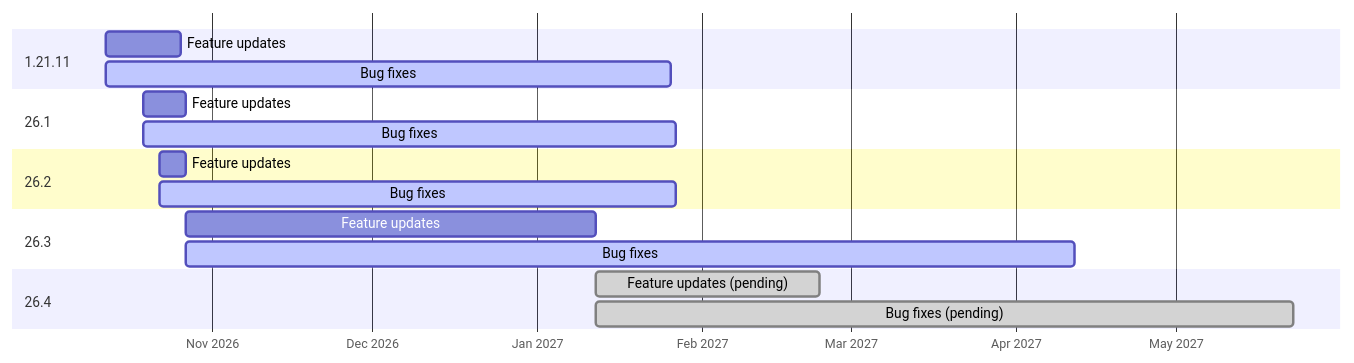
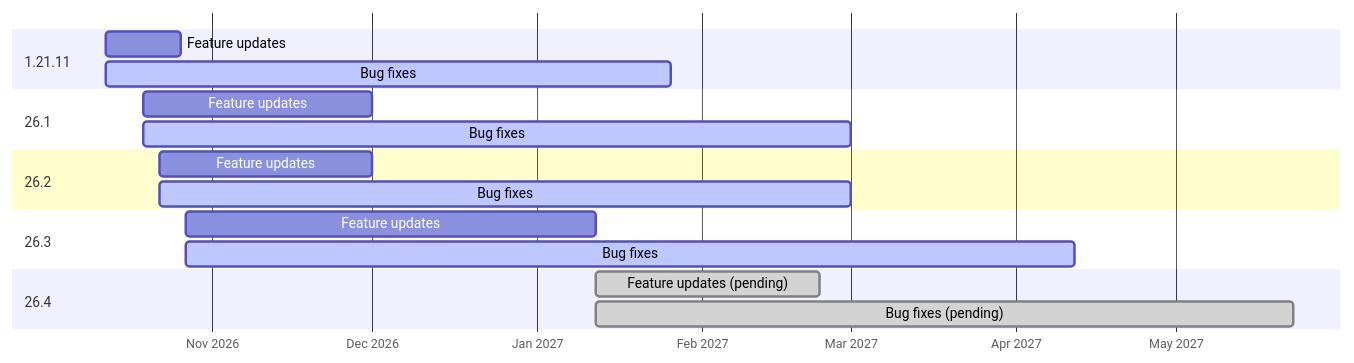
Before and after one commit to Restfulbee37/copper-golem-optimisation: the diagram in README.md, drawn with Mermaid. The commit also changed other lines of this file, not shown here.

Commit message:
Supported versions: 26.2 and 26.1 keep feature updates until about 1 December
New features are copied back to them from 26.3 (starting with the settings
screen in 0.7.0), so they are listed as feature updates again, with bug
fixes until about 1 March 2027.

````diff
--- a/README.md
+++ b/README.md
@@ -35,20 +35,20 @@
 ```mermaid
 gantt
     dateFormat YYYY-MM-DD
     axisFormat %b %Y
     section 1.21.11
         Feature updates : 2026-10-12, 2026-10-26
         Bug fixes       : active, 2026-10-12, 2027-01-26
     section 26.1
-        Feature updates : 2026-10-19, 2026-10-27
-        Bug fixes       : active, 2026-10-19, 2027-01-27
+        Feature updates : 2026-10-19, 2026-12-01
+        Bug fixes       : active, 2026-10-19, 2027-03-01
     section 26.2
-        Feature updates : 2026-10-22, 2026-10-27
-        Bug fixes       : active, 2026-10-22, 2027-01-27
+        Feature updates : 2026-10-22, 2026-12-01
+        Bug fixes       : active, 2026-10-22, 2027-03-01
     section 26.3
         Feature updates : 2026-10-27, 2027-01-12
         Bug fixes       : active, 2026-10-27, 2027-04-12
     section 26.4
         Feature updates (pending) : done, 2027-01-12, 2027-02-23
         Bug fixes (pending)       : done, 2027-01-12, 2027-05-23
 ```
````
